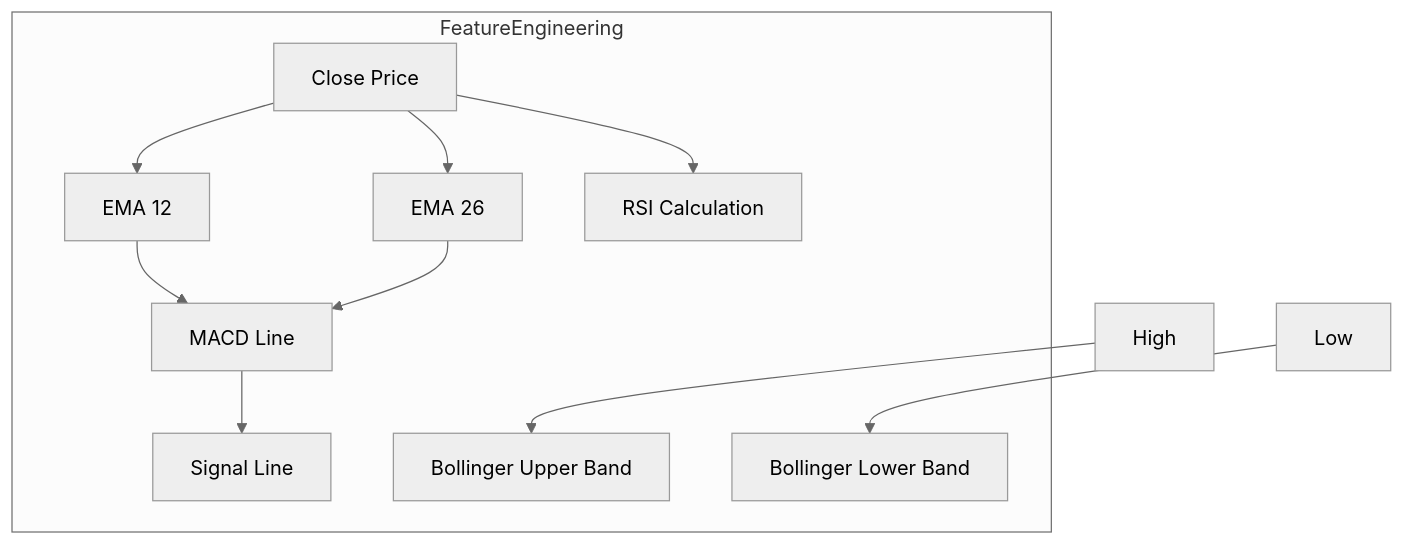
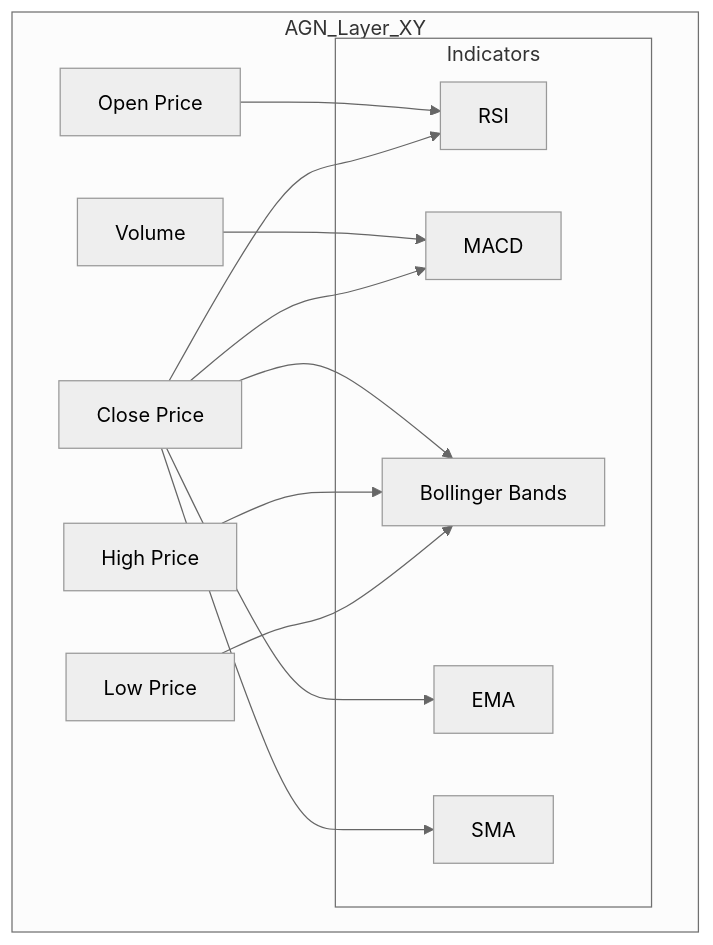
Before and after one commit to TheGuyFromTheApprentice/ActiveGraphNetworks: the second of 3 diagrams in AGDB/8_AGDB_TA_Expanded.md, drawn with Mermaid (neutral theme). The commit also changed other lines of this file, not shown here.

````diff
--- a/AGDB/8_AGDB_TA_Expanded.md
+++ b/AGDB/8_AGDB_TA_Expanded.md
@@ -51,22 +91,28 @@
 ```mermaid
 graph TD
-  subgraph FeatureEngineering
+  subgraph AGN_Layer_XY
+    Open[Open Price]
+    High[High Price]
+    Low[Low Price]
     Close[Close Price]
-    EMA12[EMA 12]
-    EMA26[EMA 26]
-    MACD_Line[MACD Line]
-    Signal_Line[Signal Line]
-    RSI_Calc[RSI Calculation]
-    Bollinger_Upper[Bollinger Upper Band]
-    Bollinger_Lower[Bollinger Lower Band]
+    Volume[Volume]
+    
+    subgraph Indicators
+      RSI[RSI]
+      MACD[MACD]
+      Bollinger[Bollinger Bands]
+      EMA[EMA]
+      SMA[SMA]
+    end
+
+    Open --> RSI
+    Close --> RSI
+    Volume --> MACD
+    Close --> MACD
+    Close --> Bollinger
+    High --> Bollinger
+    Low --> Bollinger
+    Close --> EMA
+    Close --> SMA
   end
-
-  Close --> EMA12
-  Close --> EMA26
-  EMA12 --> MACD_Line
-  EMA26 --> MACD_Line
-  MACD_Line --> Signal_Line
-  Close --> RSI_Calc
-  High --> Bollinger_Upper
-  Low --> Bollinger_Lower
 ```
````
